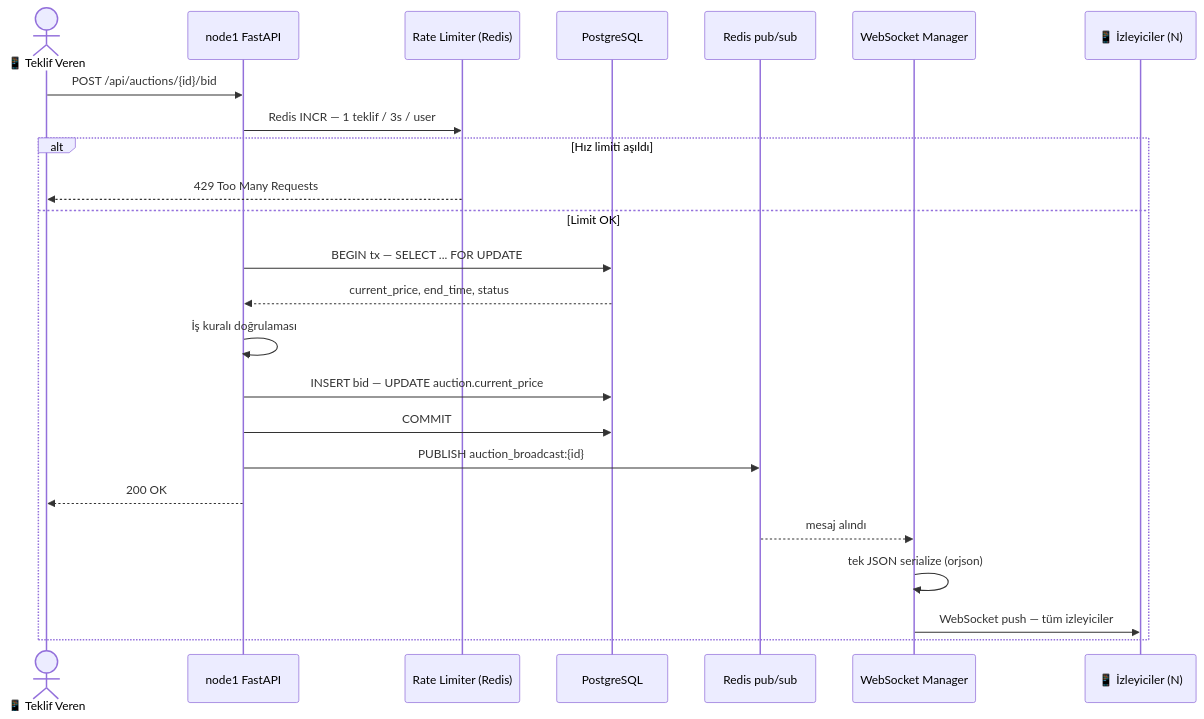
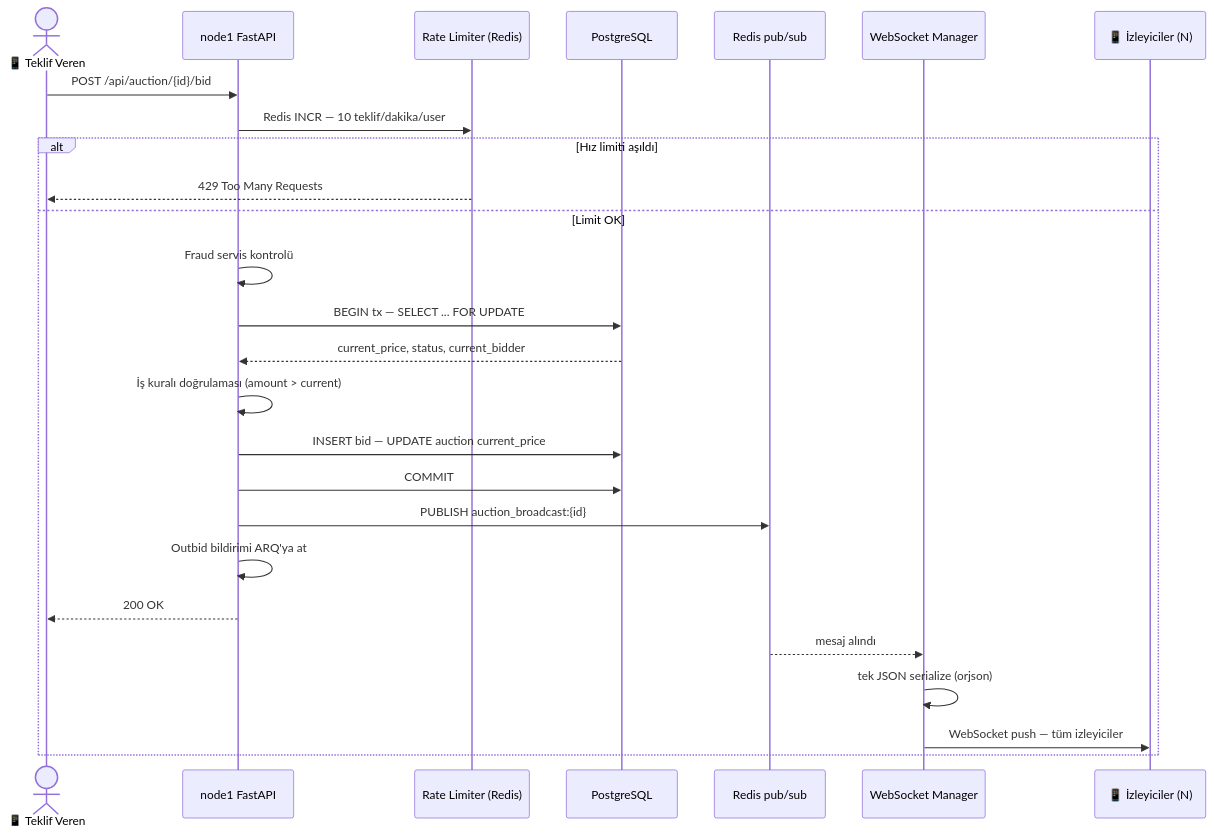
The fifth of 12 diagrams in README.md (tucibeyin/teqlif), drawn with Mermaid before and after one commit. The commit also changed other lines of this file, not shown here.

````diff
--- a/README.md
+++ b/README.md
@@ -316,27 +444,29 @@
 ```mermaid
 sequenceDiagram
     actor Bidder as 📱 Teklif Veren
     participant API as node1 FastAPI
     participant LIM as Rate Limiter (Redis)
     participant PG as PostgreSQL
     participant RD as Redis pub/sub
     participant WS as WebSocket Manager
     participant Viewers as 📱 İzleyiciler (N)
 
-    Bidder->>API: POST /api/auctions/{id}/bid
-    API->>LIM: Redis INCR — 1 teklif / 3s / user
+    Bidder->>API: POST /api/auction/{id}/bid
+    API->>LIM: Redis INCR — 10 teklif/dakika/user
     alt Hız limiti aşıldı
         LIM-->>Bidder: 429 Too Many Requests
     else Limit OK
+        API->>API: Fraud servis kontrolü
         API->>PG: BEGIN tx — SELECT ... FOR UPDATE
-        PG-->>API: current_price, end_time, status
-        API->>API: İş kuralı doğrulaması
-        API->>PG: INSERT bid — UPDATE auction.current_price
+        PG-->>API: current_price, status, current_bidder
+        API->>API: İş kuralı doğrulaması (amount > current)
+        API->>PG: INSERT bid — UPDATE auction current_price
         API->>PG: COMMIT
         API->>RD: PUBLISH auction_broadcast:{id}
+        API->>API: Outbid bildirimi ARQ'ya at
         API-->>Bidder: 200 OK
         RD-->>WS: mesaj alındı
         WS->>WS: tek JSON serialize (orjson)
         WS->>Viewers: WebSocket push — tüm izleyiciler
     end
 ```
````
